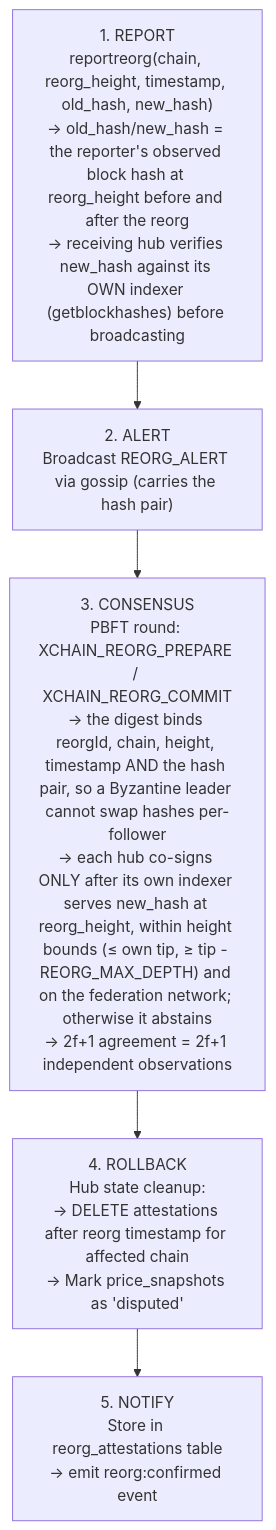
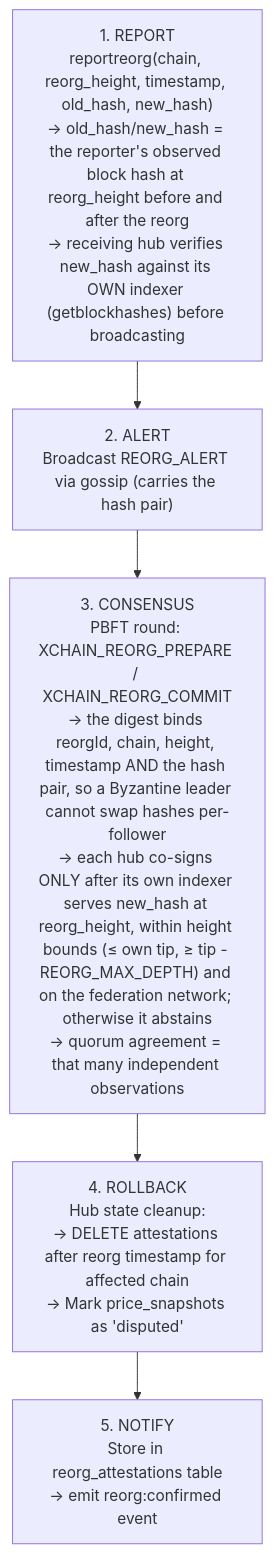
Before and after one commit to XChain-Platform/xchain-documentation: the tenth of 11 diagrams in components/hub/architecture.md, drawn with Mermaid. The commit also changed other lines of this file and 15 other files, not shown here.

````diff
--- a/components/hub/architecture.md
+++ b/components/hub/architecture.md
@@ -439,10 +439,10 @@
 ```mermaid
 flowchart TD
     S1["1. REPORT<br>reportreorg(chain, reorg_height, timestamp, old_hash, new_hash)<br>→ old_hash/new_hash = the reporter's observed block hash at reorg_height before and after the reorg<br>→ receiving hub verifies new_hash against its OWN indexer (getblockhashes) before broadcasting"]
     S2["2. ALERT<br>Broadcast REORG_ALERT via gossip (carries the hash pair)"]
-    S3["3. CONSENSUS<br>PBFT round: XCHAIN_REORG_PREPARE / XCHAIN_REORG_COMMIT<br>→ the digest binds reorgId, chain, height, timestamp AND the hash pair, so a Byzantine leader cannot swap hashes per-follower<br>→ each hub co-signs ONLY after its own indexer serves new_hash at reorg_height, within height bounds (&le; own tip, &ge; tip - REORG_MAX_DEPTH) and on the federation network; otherwise it abstains<br>→ 2f+1 agreement = 2f+1 independent observations"]
+    S3["3. CONSENSUS<br>PBFT round: XCHAIN_REORG_PREPARE / XCHAIN_REORG_COMMIT<br>→ the digest binds reorgId, chain, height, timestamp AND the hash pair, so a Byzantine leader cannot swap hashes per-follower<br>→ each hub co-signs ONLY after its own indexer serves new_hash at reorg_height, within height bounds (&le; own tip, &ge; tip - REORG_MAX_DEPTH) and on the federation network; otherwise it abstains<br>→ quorum agreement = that many independent observations"]
     S4["4. ROLLBACK<br>Hub state cleanup:<br>→ DELETE attestations after reorg timestamp for affected chain<br>→ Mark price_snapshots as 'disputed'"]
     S5["5. NOTIFY<br>Store in reorg_attestations table<br>→ emit reorg:confirmed event"]
 
     S1 --> S2 --> S3 --> S4 --> S5
 ```
````
